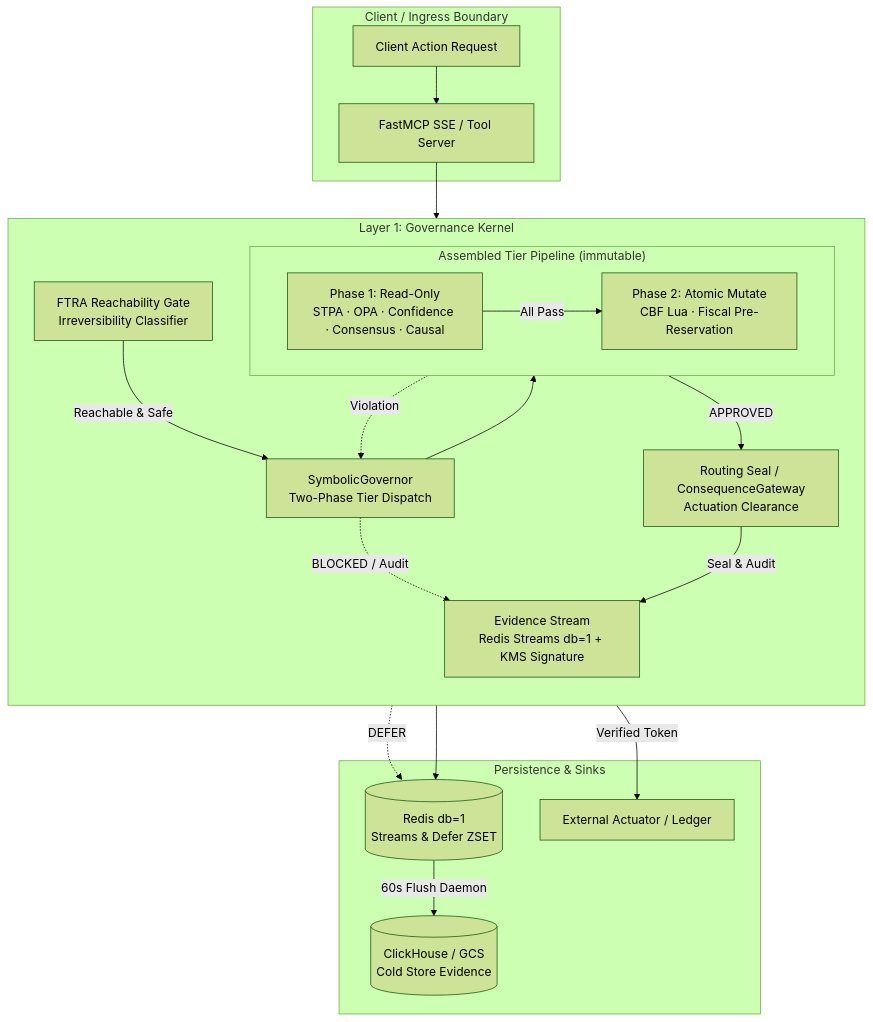
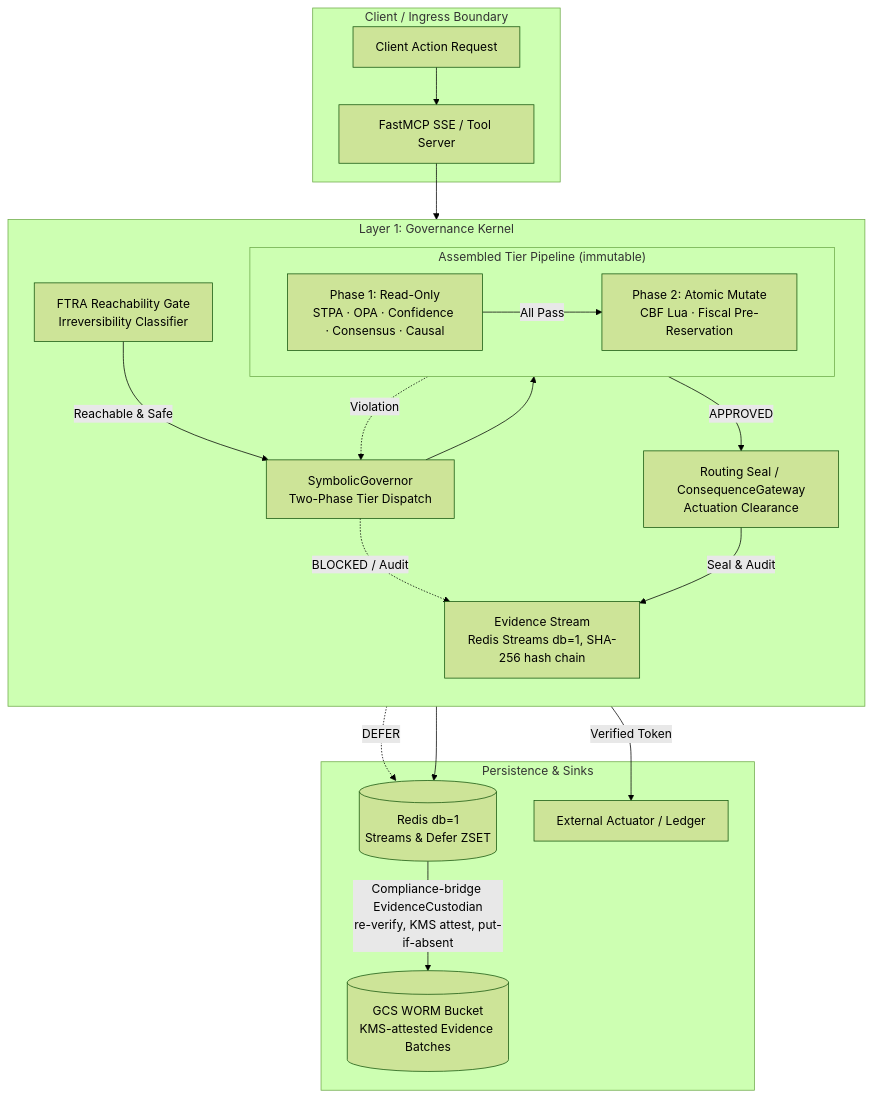
Before and after one commit to google/cybernetic-agent-governance-engine: the first of 2 diagrams in docs/architecture/ARCHITECTURE.md, drawn with Mermaid (forest theme). The commit also changed other lines of this file and 32 other files, not shown here.

First line of the commit message:
fix(compliance)!: harden evidence custody follow-ups (#326)

````diff
--- a/docs/architecture/ARCHITECTURE.md
+++ b/docs/architecture/ARCHITECTURE.md
@@ -78,42 +78,42 @@
 ```mermaid
 graph TB
     subgraph INGRESS["Client / Ingress Boundary"]
         REQ[Client Action Request]
         MCP[FastMCP SSE / Tool Server]
     end
 
     subgraph KERNEL["Layer 1: Governance Kernel"]
         direction TB
         FTRA["FTRA Reachability Gate<br/>Irreversibility Classifier"]
         SYM["SymbolicGovernor<br/>Two-Phase Tier Dispatch"]
 
         subgraph TIERS["Assembled Tier Pipeline (immutable)"]
             direction LR
             P1["Phase 1: Read-Only<br/>STPA · OPA · Confidence · Consensus · Causal"]
             P2["Phase 2: Atomic Mutate<br/>CBF Lua · Fiscal Pre-Reservation"]
             P1 -->|All Pass| P2
         end
 
         CQG["Routing Seal / ConsequenceGateway<br/>Actuation Clearance"]
-        EVID["Evidence Stream<br/>Redis Streams db=1 + KMS Signature"]
+        EVID["Evidence Stream<br/>Redis Streams db=1, SHA-256 hash chain"]
     end
 
     subgraph STORAGE["Persistence & Sinks"]
         R_HOT[(Redis db=1<br/>Streams & Defer ZSET)]
-        CH_COLD[(ClickHouse / GCS<br/>Cold Store Evidence)]
+        CH_COLD[(GCS WORM Bucket<br/>KMS-attested Evidence Batches)]
         ACTUATOR["External Actuator / Ledger"]
     end
 
     REQ --> MCP
     MCP --> FTRA
     FTRA -->|Reachable & Safe| SYM
     SYM --> TIERS
     TIERS -->|APPROVED| CQG
     TIERS -.->|Violation| SYM
     SYM -.->|DEFER| R_HOT
     SYM -.->|BLOCKED / Audit| EVID
     CQG -->|Verified Token| ACTUATOR
     CQG -->|Seal & Audit| EVID
     EVID --> R_HOT
-    R_HOT -->|60s Flush Daemon| CH_COLD
+    R_HOT -->|Compliance-bridge EvidenceCustodian<br/>re-verify, KMS attest, put-if-absent| CH_COLD
 ```
````
